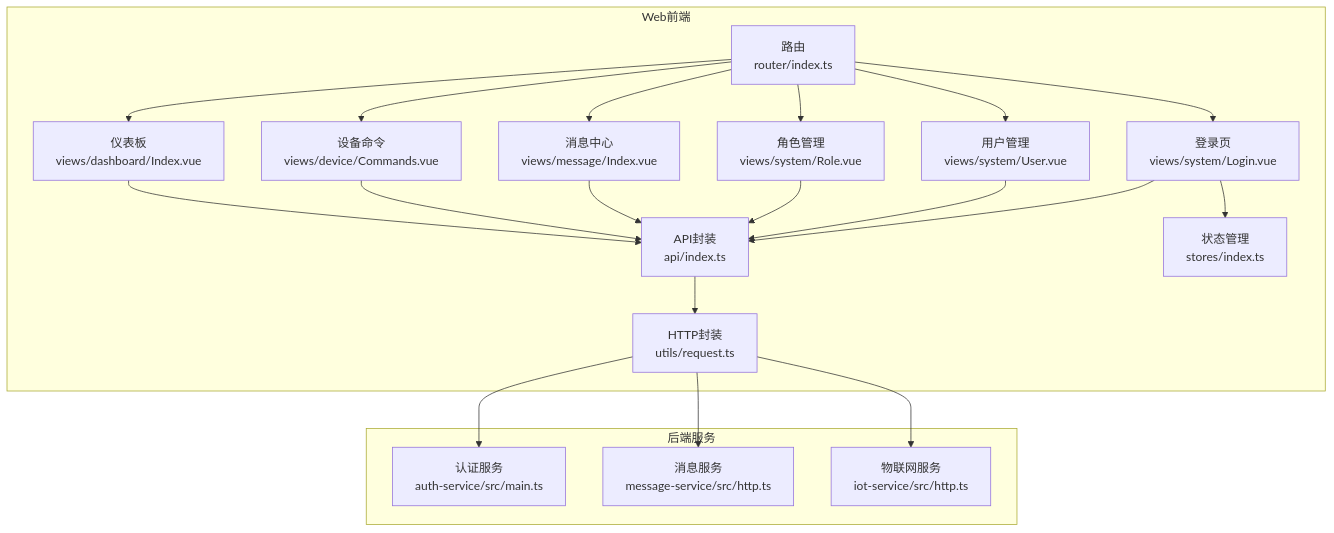
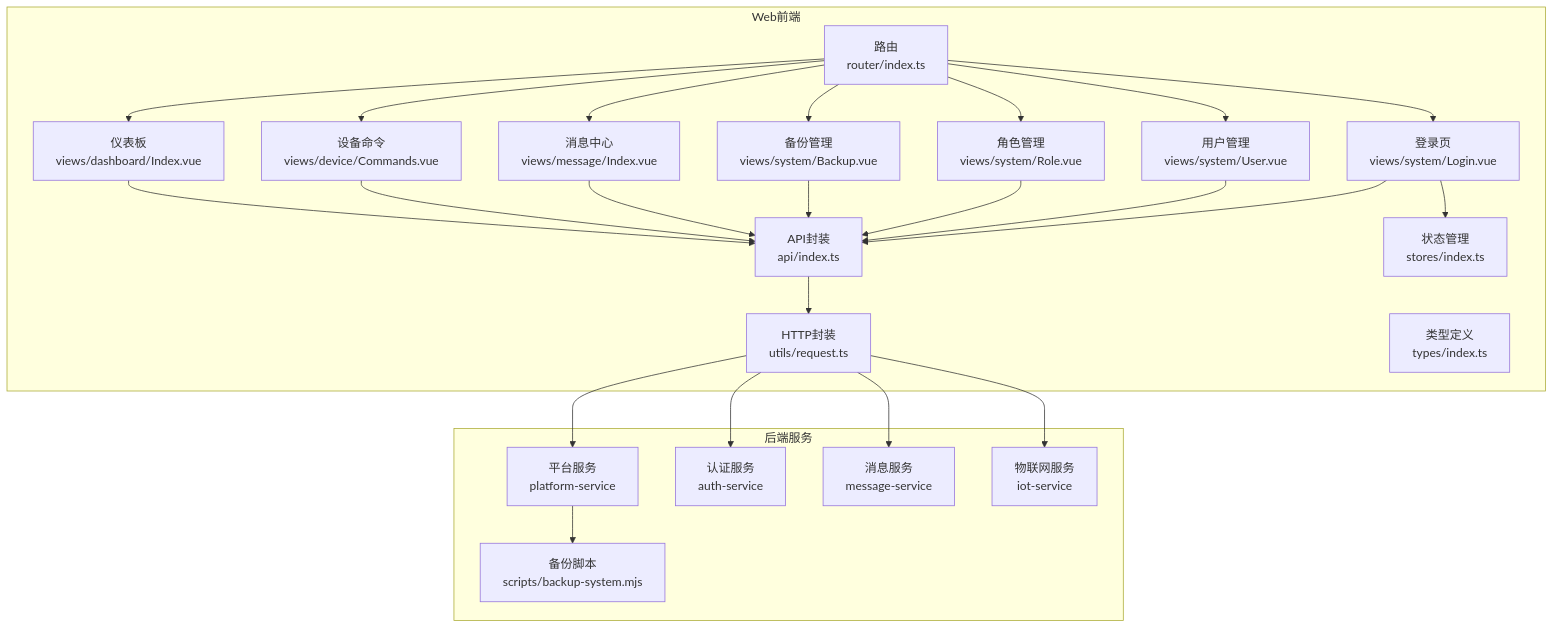
The first of 13 diagrams in .qoder/repowiki/zh/content/前端应用文档/核心页面/系统管理页面/系统管理页面.md (q446328246/agri-platform), drawn with Mermaid before and after one commit. The commit also changed other lines of this file and 49 other files, not shown here.

````diff
--- a/.qoder/repowiki/zh/content/前端应用文档/核心页面/系统管理页面/系统管理页面.md
+++ b/.qoder/repowiki/zh/content/前端应用文档/核心页面/系统管理页面/系统管理页面.md
@@ -58,37 +65,45 @@
 ```mermaid
 graph TB
 subgraph "Web前端"
 R["路由<br/>router/index.ts"]
 V1["登录页<br/>views/system/Login.vue"]
 V2["用户管理<br/>views/system/User.vue"]
 V3["角色管理<br/>views/system/Role.vue"]
-V4["消息中心<br/>views/message/Index.vue"]
-V5["设备命令<br/>views/device/Commands.vue"]
-V6["仪表板<br/>views/dashboard/Index.vue"]
+V4["备份管理<br/>views/system/Backup.vue"]
+V5["消息中心<br/>views/message/Index.vue"]
+V6["设备命令<br/>views/device/Commands.vue"]
+V7["仪表板<br/>views/dashboard/Index.vue"]
 A["API封装<br/>api/index.ts"]
 S["状态管理<br/>stores/index.ts"]
 H["HTTP封装<br/>utils/request.ts"]
+T["类型定义<br/>types/index.ts"]
 end
 subgraph "后端服务"
-AS["认证服务<br/>auth-service/src/main.ts"]
-MS["消息服务<br/>message-service/src/http.ts"]
-IS["物联网服务<br/>iot-service/src/http.ts"]
+PS["平台服务<br/>platform-service"]
+AS["认证服务<br/>auth-service"]
+MS["消息服务<br/>message-service"]
+IS["物联网服务<br/>iot-service"]
+BS["备份脚本<br/>scripts/backup-system.mjs"]
 end
 R --> V1
 R --> V2
 R --> V3
 R --> V4
 R --> V5
 R --> V6
+R --> V7
 V1 --> A
 V2 --> A
 V3 --> A
 V4 --> A
 V5 --> A
 V6 --> A
+V7 --> A
 A --> H
 V1 --> S
+H --> PS
 H --> AS
 H --> MS
 H --> IS
+PS --> BS
 ```
````
